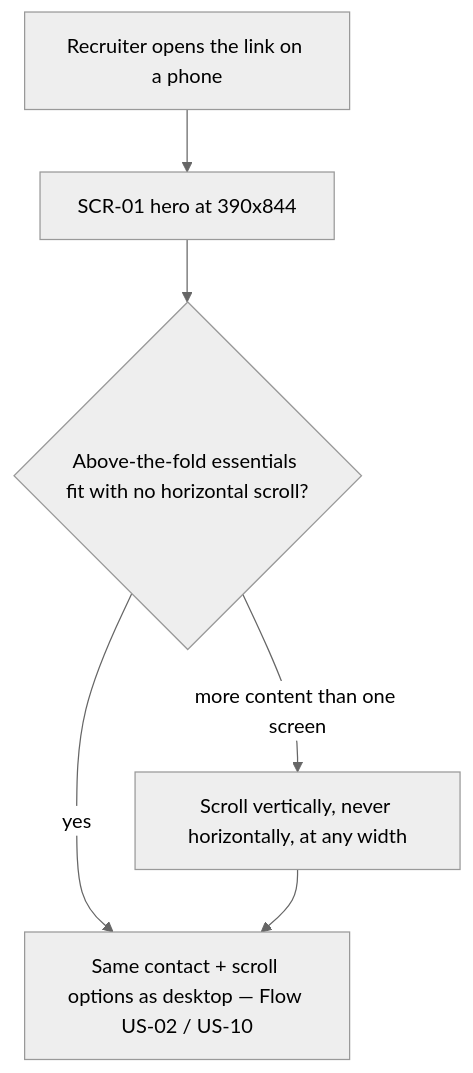
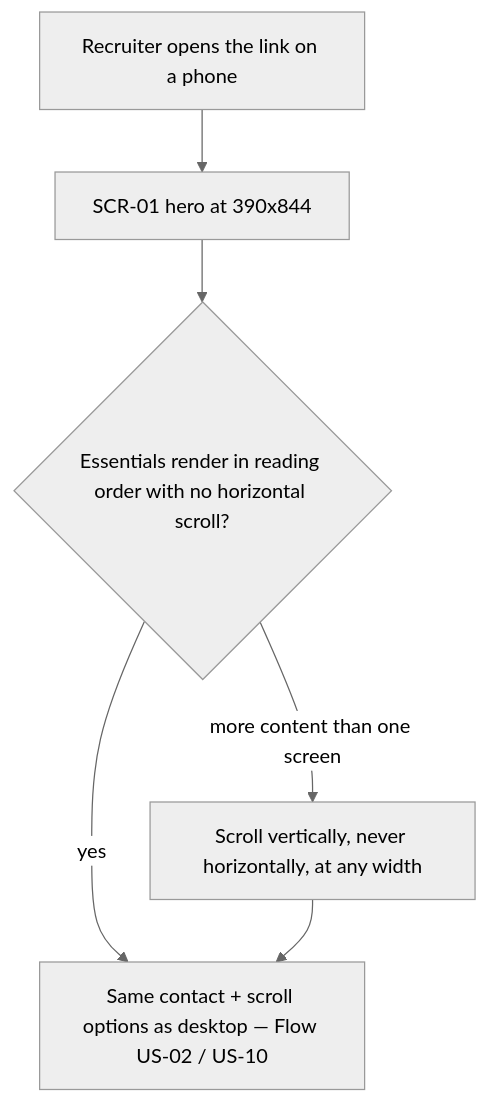
One commit to financeasist/personal-page changed the fourth of 5 diagrams in docs/features/personal-landing/ux-flows.md. Above: the diagram before and after it, drawn with Mermaid (neutral theme). The commit also changed other lines of this file and 7 other files, not shown here.

````diff
--- a/docs/features/personal-landing/ux-flows.md
+++ b/docs/features/personal-landing/ux-flows.md
@@ -123,8 +128,8 @@
 ```mermaid
 flowchart TD
     A["Recruiter opens the link on a phone"] --> B["SCR-01 hero at 390x844"]
-    B --> C{"Above-the-fold essentials fit with no horizontal scroll?"}
+    B --> C{"Essentials render in reading order with no horizontal scroll?"}
     C -->|"yes"| D["Same contact + scroll options as desktop — Flow US-02 / US-10"]
     C -->|"more content than one screen"| E["Scroll vertically, never horizontally, at any width"]
     E --> D
 ```
````
